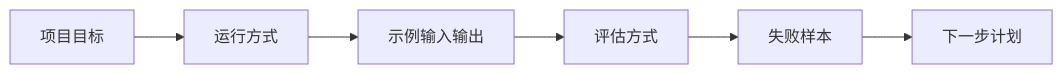
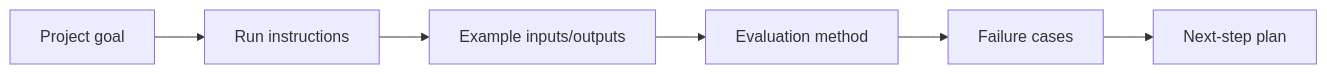
Before and after one commit to oudbiao/AI-fullstack-course: the diagram in docs/intro/project-delivery-standard.md, drawn with Mermaid. The commit also changed other lines of this file and 1406 other files, not shown here.

````diff
--- a/docs/intro/project-delivery-standard.md
+++ b/docs/intro/project-delivery-standard.md
@@ -14,8 +14,8 @@
 ```mermaid
 flowchart LR
-  A["项目目标"] --> B["运行方式"]
-  B --> C["示例输入输出"]
-  C --> D["评估方式"]
-  D --> E["失败样本"]
-  E --> F["下一步计划"]
+  A["Project goal"] --> B["Run instructions"]
+  B --> C["Example inputs/outputs"]
+  C --> D["Evaluation method"]
+  D --> E["Failure cases"]
+  E --> F["Next-step plan"]
 ```
````
